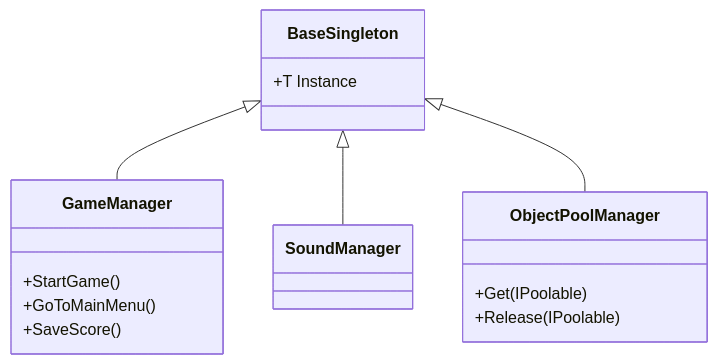
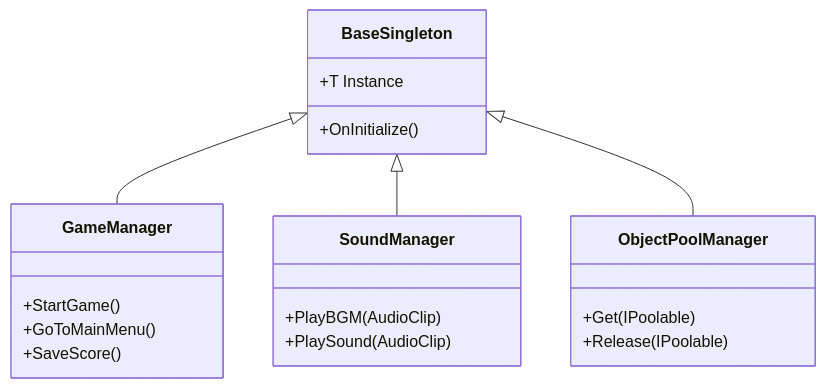
Before and after one commit to poom12345p/Flappy-Bird-Clone: the second of 3 diagrams in README.md, drawn with Mermaid. The commit also changed other lines of this file, not shown here.

````diff
--- a/README.md
+++ b/README.md
@@ -18,18 +18,23 @@
 ```mermaid
 classDiagram
     BaseSingleton <|-- GameManager
     BaseSingleton <|-- SoundManager
     BaseSingleton <|-- ObjectPoolManager
     class  BaseSingleton{
       +T Instance
+      +OnInitialize()
     }
     class  GameManager{
       +StartGame()
       +GoToMainMenu()
       +SaveScore()
     }
     class ObjectPoolManager{
       +Get(IPoolable)
       +Release(IPoolable)
     }
+     class SoundManager{
+      +PlayBGM(AudioClip)
+      +PlaySound(AudioClip)
+    }
 ```
````
